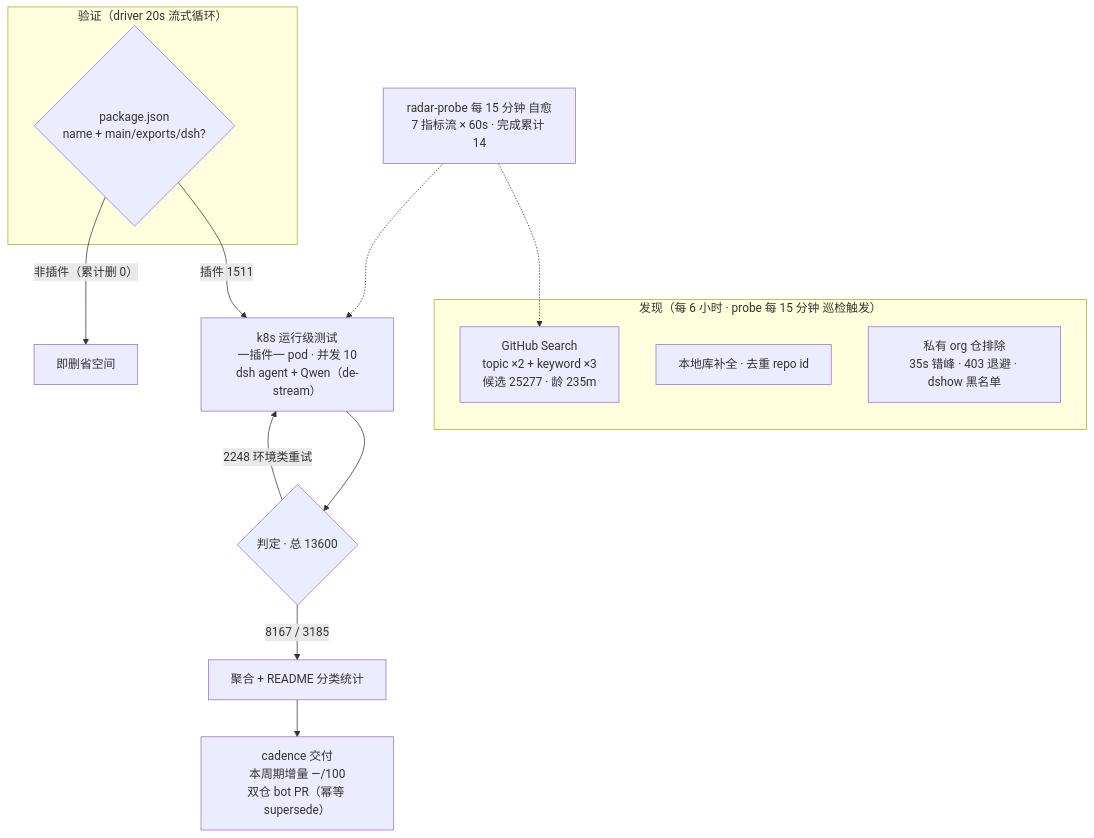
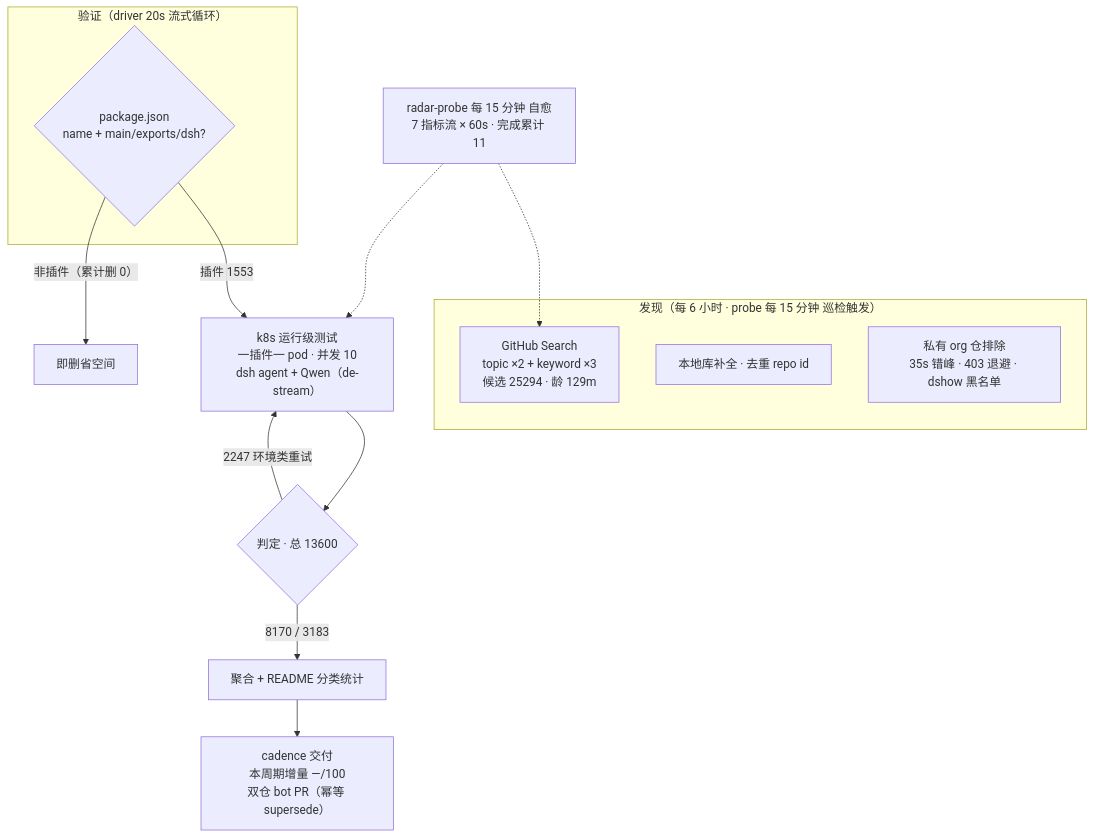
One commit to Zhidao-Lab-OSS/awesome-dsh-plugins changed the diagram in README.md. Above: the diagram before and after it, drawn with Mermaid. The commit also changed other lines of this file and 1 other file, not shown here.

````diff
--- a/README.md
+++ b/README.md
@@ -99,20 +99,20 @@
 ```mermaid
 flowchart TB
     subgraph Discovery["发现（每 6 小时 · probe 每 15 分钟 巡检触发）"]
-        A1["GitHub Search<br/>topic ×2 + keyword ×3<br/>候选 25277 · 龄 235m"]
+        A1["GitHub Search<br/>topic ×2 + keyword ×3<br/>候选 25294 · 龄 129m"]
         A2["本地库补全 · 去重 repo id"]
         A3["私有 org 仓排除<br/>35s 错峰 · 403 退避 · dshow 黑名单"]
     end
     subgraph Validation["验证（driver 20s 流式循环）"]
         B1{"package.json<br/>name + main/exports/dsh?"}
     end
-    B1 -->|"插件 1511"| C1["k8s 运行级测试<br/>一插件一 pod · 并发 10<br/>dsh agent + Qwen（de-stream）"]
+    B1 -->|"插件 1553"| C1["k8s 运行级测试<br/>一插件一 pod · 并发 10<br/>dsh agent + Qwen（de-stream）"]
     B1 -->|"非插件（累计删 0）"| B3["即删省空间"]
     C1 --> D1{"判定 · 总 13600"}
-    D1 -->|"8167 / 3185"| E1["聚合 + README 分类统计"]
-    D1 -->|"2248 环境类重试"| C1
+    D1 -->|"8170 / 3183"| E1["聚合 + README 分类统计"]
+    D1 -->|"2247 环境类重试"| C1
     E1 --> E2["cadence 交付<br/>本周期增量 —/100<br/>双仓 bot PR（幂等 supersede）"]
-    M["radar-probe 每 15 分钟 自愈<br/>7 指标流 × 60s · 完成累计 14"]
+    M["radar-probe 每 15 分钟 自愈<br/>7 指标流 × 60s · 完成累计 11"]
     M -.-> A1
     M -.-> C1
 ```
````
